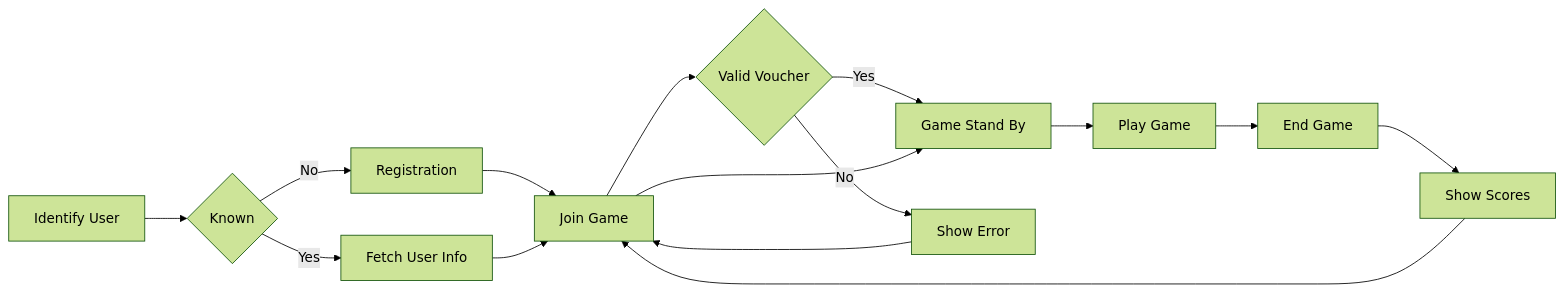
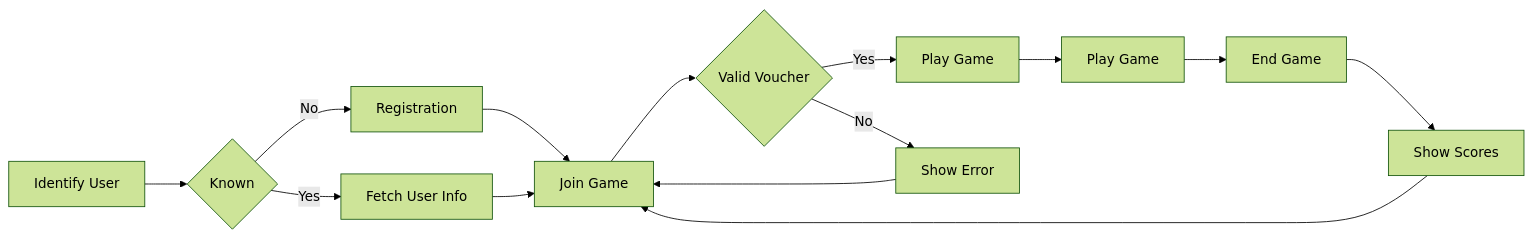
The diagram in README.md (nikneem/whack-a-mole), drawn with Mermaid (forest theme) before and after one commit.

Commit message:
Remove invalid link

````diff
--- a/README.md
+++ b/README.md
@@ -3,17 +3,16 @@
 ```mermaid
 flowchart LR
     A[Identify User] --> B{Known};
     B -- No --> C[Registration]
     B -- Yes --> D[Fetch User Info]
     C --> E[Join Game]
     D --> E
     E --> I{Valid Voucher}
     I -- Yes --> K[Play Game]
     I -- No --> J[Show Error]
     J --> E
-    E --> K[Game Stand By]
     K --> F[Play Game]
     F --> G[End Game]
     G --> H[Show Scores]
     H --> E
 ```
````
